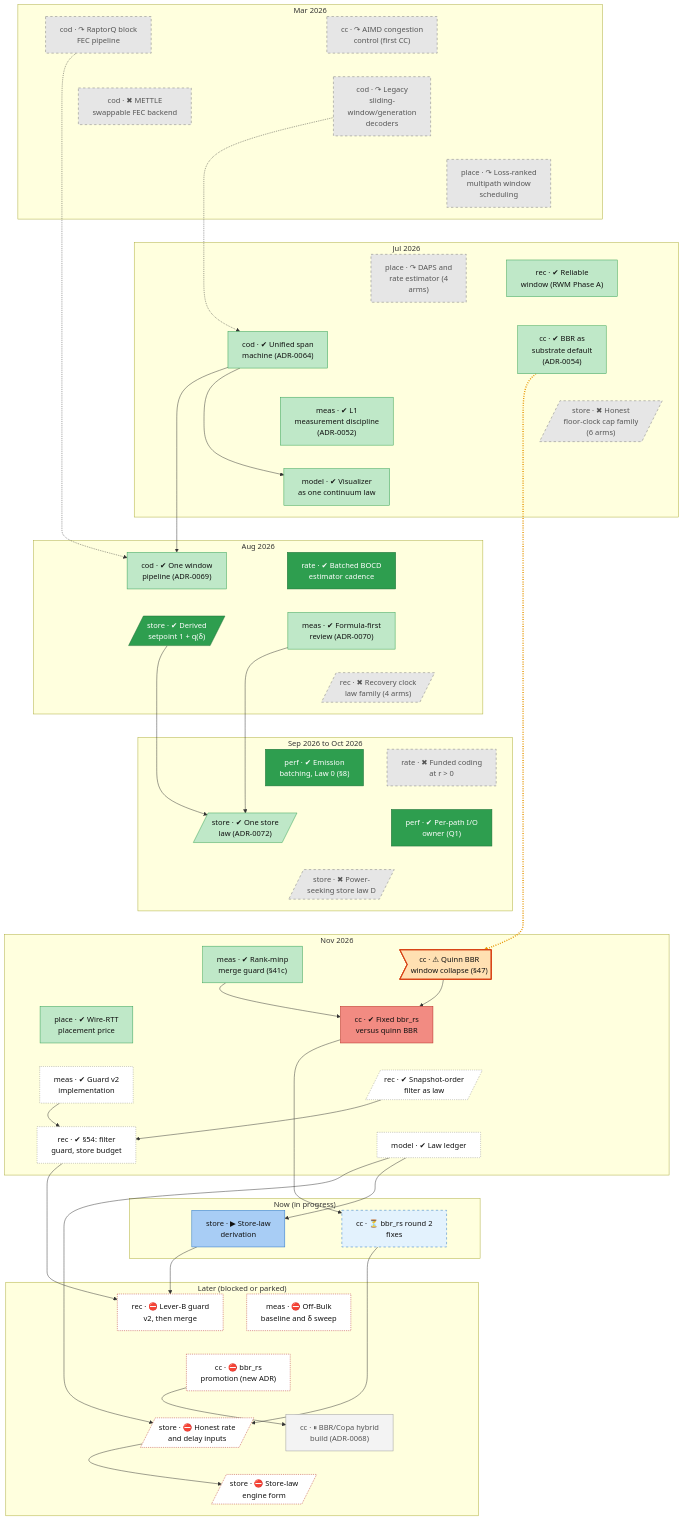
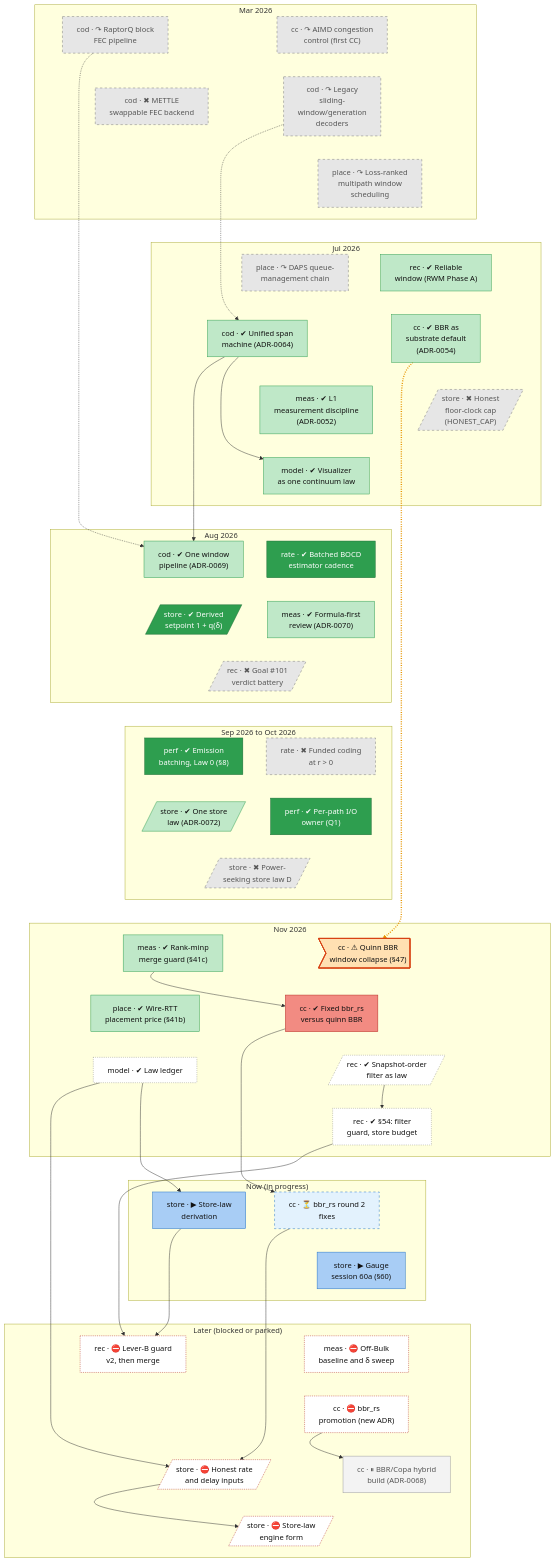
The second of 2 diagrams in docs/roadmap.md (lhns/raptorpath), drawn with Mermaid before and after one commit. The commit also changed other lines of this file and 14 other files, not shown here.

First line of the commit message:
roadmap: §58-§60 up to date; family nodes split per experiment

```diff
--- a/docs/roadmap.md
+++ b/docs/roadmap.md
@@ -106,10 +106,10 @@
     end
     subgraph bd_1["Jul 2026"]
         rec_reliable_window["rec · ✔ Reliable<br/>window (RWM Phase A)"]
-        place_daps["place · ↷ DAPS and<br/>rate estimator (4<br/>arms)"]
+        place_daps["place · ↷ DAPS queue-<br/>management chain"]
         cc_bbr_default["cc · ✔ BBR as<br/>substrate default<br/>(ADR-0054)"]
         cod_unified_span["cod · ✔ Unified span<br/>machine (ADR-0064)"]
-        store_honest_cap_family[/"store · ✖ Honest<br/>floor-clock cap family<br/>(6 arms)"/]
+        store_honest_cap_family[/"store · ✖ Honest<br/>floor-clock cap<br/>(HONEST_CAP)"/]
         meas_adr52_discipline["meas · ✔ L1<br/>measurement discipline<br/>(ADR-0052)"]
         model_vis_continuum["model · ✔ Visualizer<br/>as one continuum law"]
     end
@@ -118,7 +118,7 @@
         cod_one_pipeline["cod · ✔ One window<br/>pipeline (ADR-0069)"]
         meas_formula_first["meas · ✔ Formula-first<br/>review (ADR-0070)"]
         store_delta_cap[/"store · ✔ Derived<br/>setpoint 1 + q(δ)"/]
-        rec_goal101[/"rec · ✖ Recovery clock<br/>law family (4 arms)"/]
+        rec_goal101[/"rec · ✖ Goal #35;101<br/>verdict battery"/]
     end
     subgraph bd_3["Sep 2026 to Oct 2026"]
         rate_r_battery["rate · ✖ Funded coding<br/>at r #gt; 0"]
@@ -131,15 +131,15 @@
         cc_quinn_bbr_collapse>"cc · ⚠ Quinn BBR<br/>window collapse (#167;47)"]
         meas_guard_41c["meas · ✔ Rank-minp<br/>merge guard (#167;41c)"]
         cc_bbrrs_r1["cc · ✔ Fixed bbr_rs<br/>versus quinn BBR"]
-        place_wire_price["place · ✔ Wire-RTT<br/>placement price"]
+        place_wire_price["place · ✔ Wire-RTT<br/>placement price (#167;41b)"]
         rec_snapver_law[/"rec · ✔ Snapshot-order<br/>filter as law"/]
-        meas_guard_v2_impl["meas · ✔ Guard v2<br/>implementation"]
         model_law_ledger["model · ✔ Law ledger"]
         rec_s54_session["rec · ✔ #167;54: filter<br/>guard, store budget"]
     end
     subgraph bd_5["Now (in progress)"]
         cc_bbrrs_r2["cc · ⏳ bbr_rs round 2<br/>fixes"]
         store_law_derivation["store · ▶ Store-law<br/>derivation"]
+        store_s60a["store · ▶ Gauge<br/>session 60a (#167;60)"]
     end
     subgraph bd_6["Later (blocked or parked)"]
         rec_leverb_guard["rec · ⛔ Lever-B guard<br/>v2, then merge"]
@@ -178,13 +178,15 @@
     cc_quinn_bbr_collapse ~~~ cc_bbrrs_r1
     meas_guard_41c ~~~ place_wire_price
     cc_bbrrs_r1 ~~~ rec_snapver_law
-    place_wire_price ~~~ meas_guard_v2_impl
-    rec_snapver_law ~~~ model_law_ledger
-    meas_guard_v2_impl ~~~ rec_s54_session
-    model_law_ledger ~~~ cc_bbrrs_r2
+    place_wire_price ~~~ model_law_ledger
+    rec_snapver_law ~~~ rec_s54_session
+    model_law_ledger ~~~ rec_s54_session
+    rec_s54_session ~~~ cc_bbrrs_r2
     rec_s54_session ~~~ store_law_derivation
-    cc_bbrrs_r2 ~~~ rec_leverb_guard
-    store_law_derivation ~~~ meas_s51_session
+    cc_bbrrs_r2 ~~~ store_s60a
+    store_law_derivation ~~~ store_s60a
+    store_s60a ~~~ rec_leverb_guard
+    store_s60a ~~~ meas_s51_session
     rec_leverb_guard ~~~ cc_bbrrs_promote
     meas_s51_session ~~~ cc_bbrrs_promote
     cc_bbrrs_promote ~~~ cc_hybrid
@@ -196,11 +198,7 @@
     cc_bbr_default -.-> cc_quinn_bbr_collapse
     cod_unified_span --> model_vis_continuum
     cod_unified_span --> cod_one_pipeline
-    store_delta_cap --> store_adr72_one_law
-    meas_formula_first --> store_adr72_one_law
-    cc_quinn_bbr_collapse --> cc_bbrrs_r1
     meas_guard_41c --> cc_bbrrs_r1
-    meas_guard_v2_impl --> rec_s54_session
     rec_snapver_law --> rec_s54_session
     cc_bbrrs_r1 --> cc_bbrrs_r2
     model_law_ledger --> store_law_derivation
@@ -210,7 +208,7 @@
     model_law_ledger --> store_fix_maxbw_minrtt
     cc_bbrrs_r2 --> store_fix_maxbw_minrtt
     store_fix_maxbw_minrtt --> store_engine_form_impl
-    linkStyle 44 stroke:#e69500,stroke-width:3px,stroke-dasharray:2 3
+    linkStyle 46 stroke:#e69500,stroke-width:3px,stroke-dasharray:2 3
     classDef vsucc fill:#2e9e4f,stroke:#1b6b34,color:#fff
     classDef succ fill:#bfe8c8,stroke:#2e9e4f,color:#111
     classDef mixed fill:#ffd37a,stroke:#c98a00,color:#111
@@ -226,9 +224,9 @@
     classDef waiting fill:#e3f2fd,stroke:#1f6fc5,stroke-dasharray:5 5,color:#111
     class cod_block_pipeline,cod_mettle,cod_legacy_rlc,rec_goal101,rate_r_battery,store_honest_cap_family,store_power_law,place_daps,cc_aimd_v1,place_early_window_sched dead
     class cod_unified_span,cod_one_pipeline,rec_reliable_window,store_adr72_one_law,place_wire_price,cc_bbr_default,meas_adr52_discipline,meas_formula_first,meas_guard_41c,model_vis_continuum succ
-    class rec_snapver_law,meas_guard_v2_impl,model_law_ledger,rec_s54_session unrated
+    class rec_snapver_law,model_law_ledger,rec_s54_session unrated
     class rate_est_cadence,store_delta_cap,perf_emit_batch_law0,perf_io_owner vsucc
-    class store_law_derivation inprog
+    class store_law_derivation,store_s60a inprog
     class cc_quinn_bbr_collapse defect
     class cc_bbrrs_r1 bad
     class cc_bbrrs_r2 waiting
```
